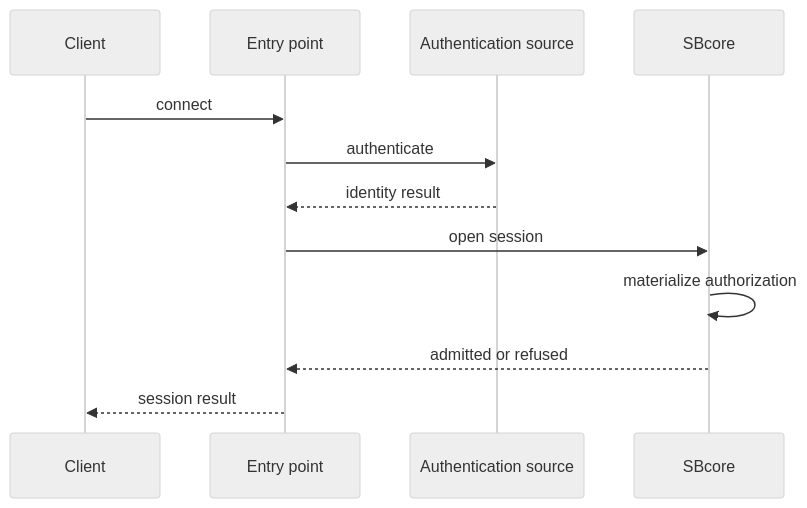
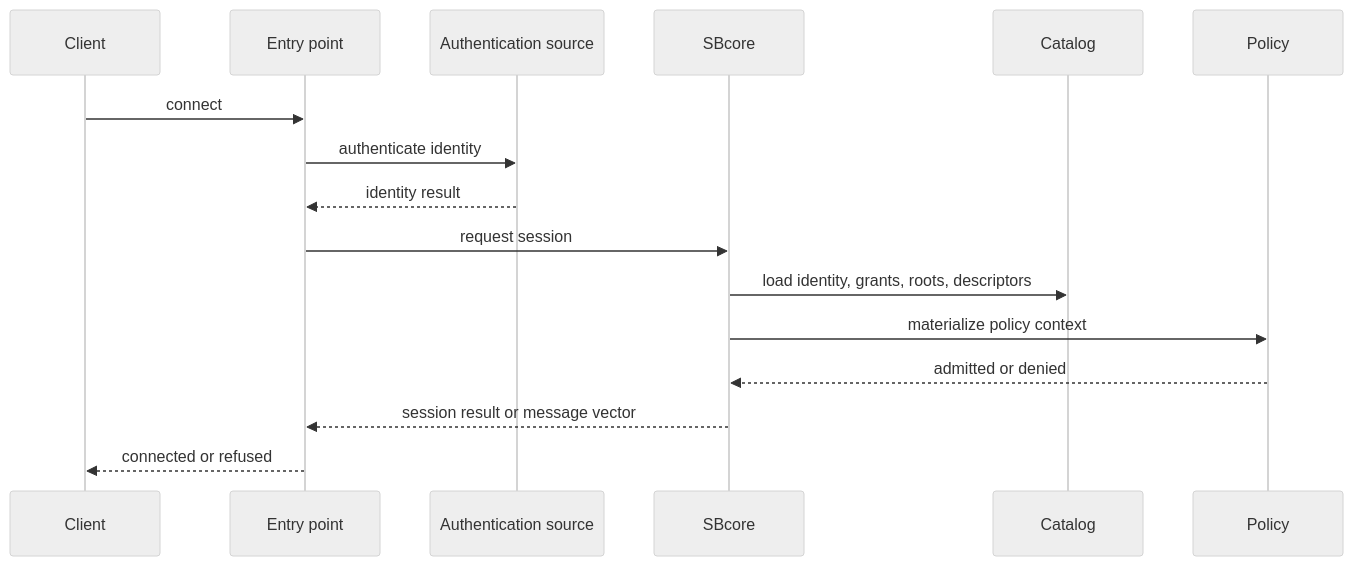
One commit to scratchbird-software-inc/ScratchBird changed the first of 2 diagrams in docs/documentation/draft/Getting_Started/architecture/identity_authentication_and_authorization.md. Above: the diagram before and after it, drawn with Mermaid (neutral theme). The commit also changed other lines of this file and 23 other files, not shown here.

````diff
--- a/docs/documentation/draft/Getting_Started/architecture/identity_authentication_and_authorization.md
+++ b/docs/documentation/draft/Getting_Started/architecture/identity_authentication_and_authorization.md
@@ -18,15 +25,19 @@
 ```mermaid
 sequenceDiagram
     participant Client
     participant Entry as Entry point
     participant Auth as Authentication source
     participant Engine as SBcore
+    participant Catalog
+    participant Policy
 
     Client->>Entry: connect
-    Entry->>Auth: authenticate
+    Entry->>Auth: authenticate identity
     Auth-->>Entry: identity result
-    Entry->>Engine: open session
-    Engine->>Engine: materialize authorization
-    Engine-->>Entry: admitted or refused
-    Entry-->>Client: session result
+    Entry->>Engine: request session
+    Engine->>Catalog: load identity, grants, roots, descriptors
+    Engine->>Policy: materialize policy context
+    Policy-->>Engine: admitted or denied
+    Engine-->>Entry: session result or message vector
+    Entry-->>Client: connected or refused
 ```
````
